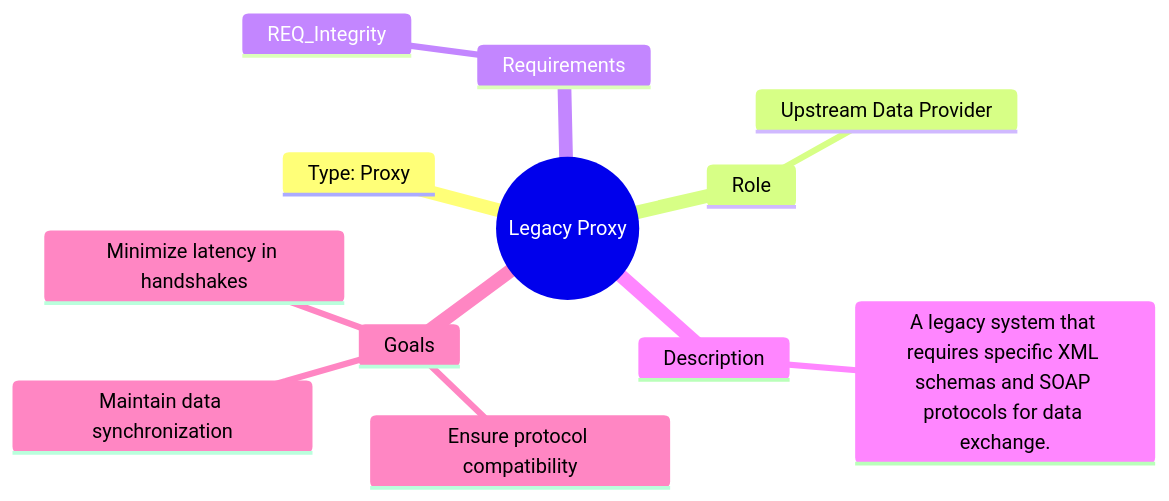
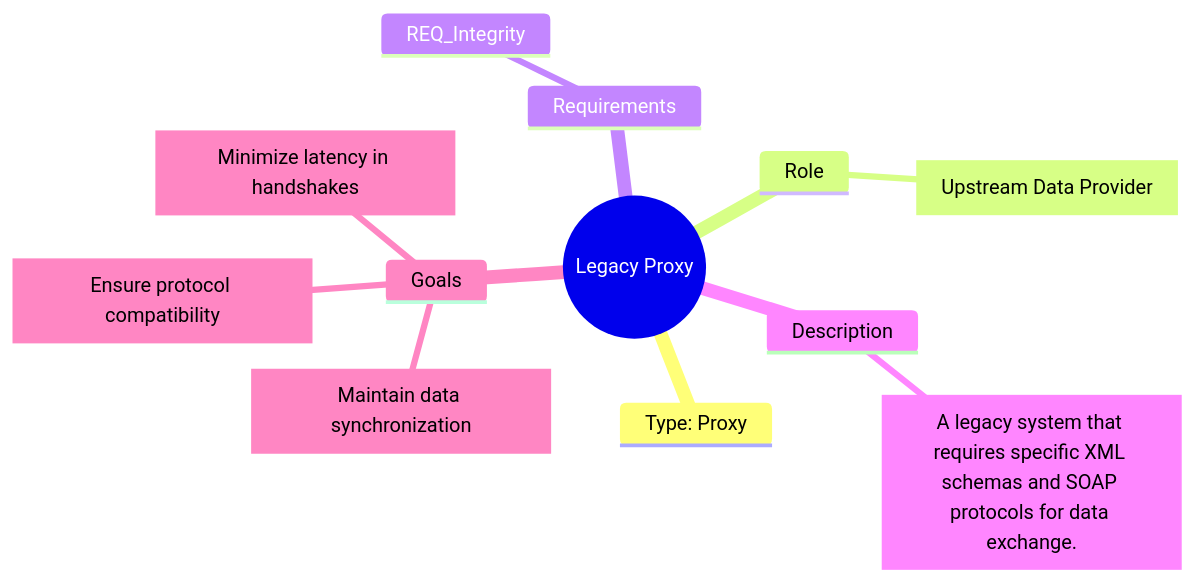
One commit to futurefoundai/foundryspec changed the diagram in docs/personas/PER_ExternalSystem.mermaid. Above: the diagram before and after it, drawn with Mermaid. The commit also changed 13 other files, not shown here.

```diff
--- a/docs/personas/PER_ExternalSystem.mermaid
+++ b/docs/personas/PER_ExternalSystem.mermaid
@@ -1,20 +1,18 @@
 ---
 id: "PER_ExternalSystem"
 title: Legacy Mainframe Proxy
 description: Represents the external system that imposes integration constraints.
-entities:
-  - id: "PER_ExternalSystem"
 ---
 mindmap
   PER_ExternalSystem((Legacy Proxy))
     Type: Proxy
     Role
-      Upstream Data Provider
+      ROLE["Upstream Data Provider"]
     Requirements
       REQ_Integrity
     Description
-      A legacy system that requires specific XML schemas and SOAP protocols for data exchange.
+      DESCRIPTION["A legacy system that requires specific XML schemas and SOAP protocols for data exchange."]
     Goals
-      Ensure protocol compatibility
-      Maintain data synchronization
-      Minimize latency in handshakes
+      GOAL_1["Ensure protocol compatibility"]
+      GOAL_2["Maintain data synchronization"]
+      GOAL_3["Minimize latency in handshakes"]
```
